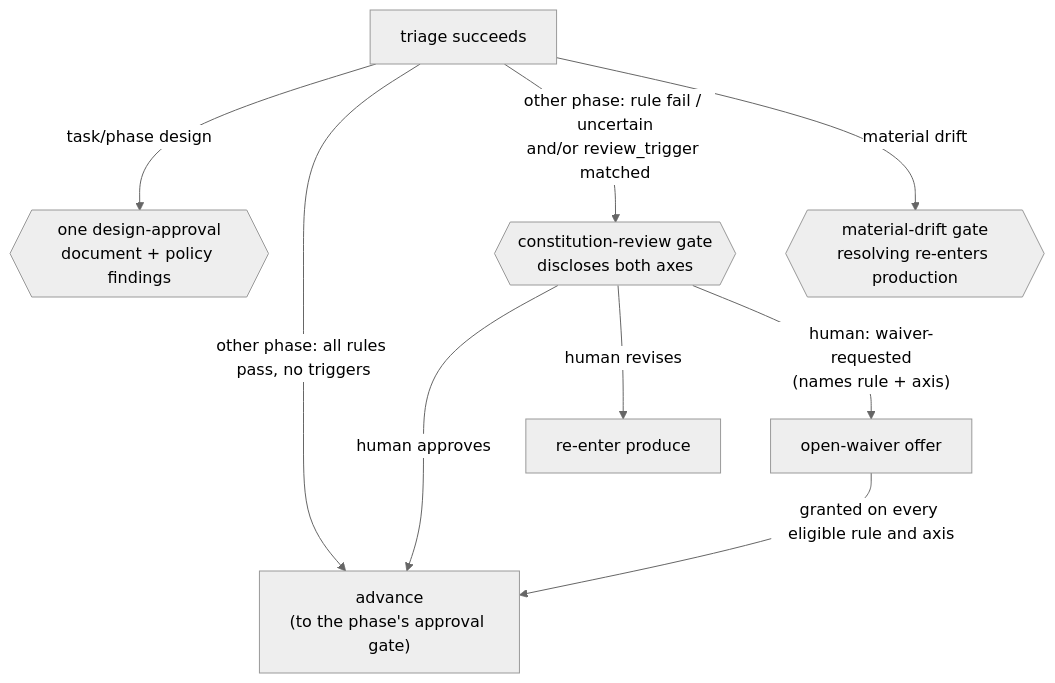
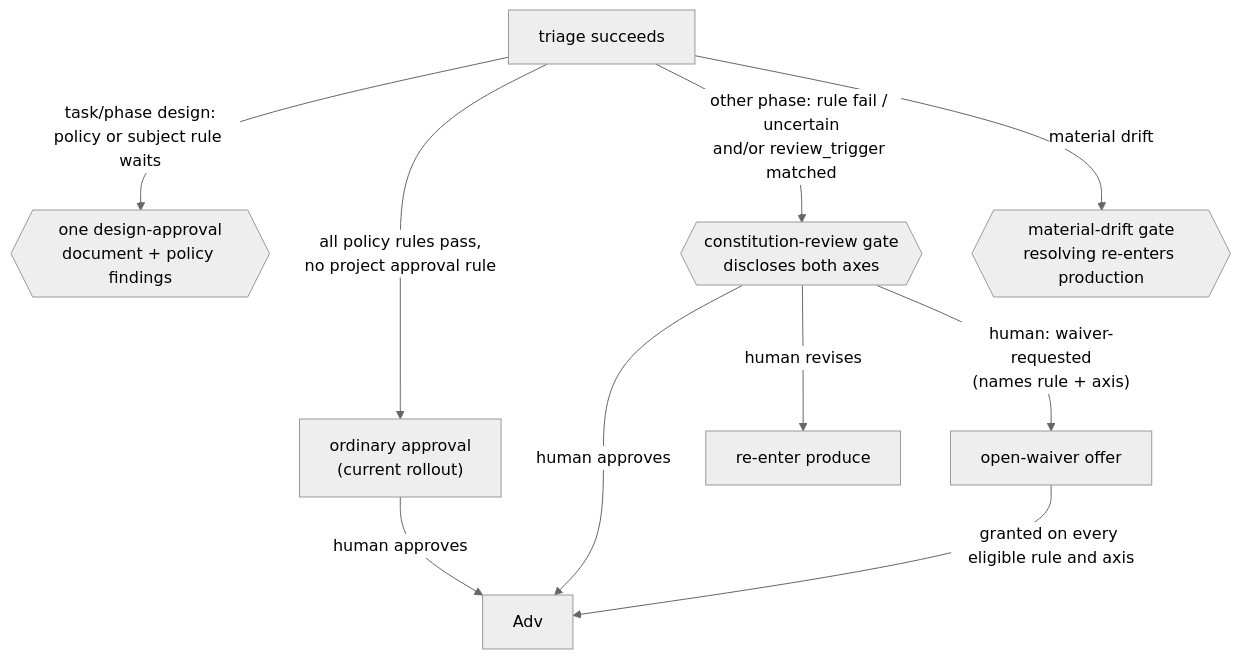
The second of 2 diagrams in docs/review/COUNTER-REVIEW.md (Aroton/ArchflowV2), drawn with Mermaid (neutral theme) before and after one commit. The commit also changed other lines of this file and 57 other files, not shown here.

````diff
--- a/docs/review/COUNTER-REVIEW.md
+++ b/docs/review/COUNTER-REVIEW.md
@@ -124,11 +124,12 @@
 ```mermaid
 flowchart TB
-    T[triage succeeds] -->|task/phase design| DA{{"one design-approval<br/>document + policy findings"}}
-    T -->|other phase: all rules pass, no triggers| Adv["advance<br/>(to the phase's approval gate)"]
+    T[triage succeeds] -->|"task/phase design:<br/>policy or subject rule waits"| DA{{"one design-approval<br/>document + policy findings"}}
+    T -->|"all policy rules pass,<br/>no project approval rule"| Gate["ordinary approval<br/>(current rollout)"]
     T -->|"other phase: rule fail / uncertain<br/>and/or review_trigger matched"| GF{{"constitution-review gate<br/>discloses both axes"}}
     T -->|"material drift"| GD{{"material-drift gate<br/>resolving re-enters production"}}
     GF -->|human approves| Adv
+    Gate -->|human approves| Adv
     GF -->|human revises| P[re-enter produce]
     GF -->|"human: waiver-requested<br/>(names rule + axis)"| W["open-waiver offer"]
     W -->|granted on every eligible rule and axis| Adv
 ```
````
